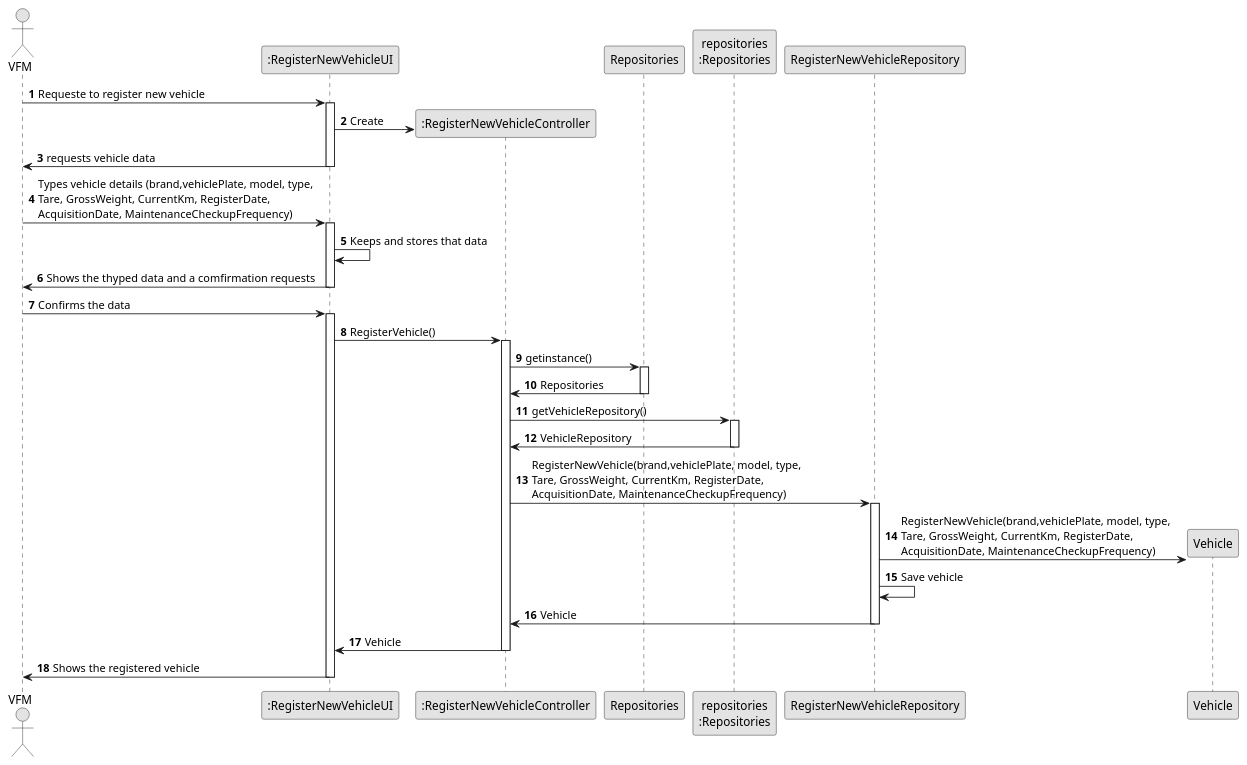
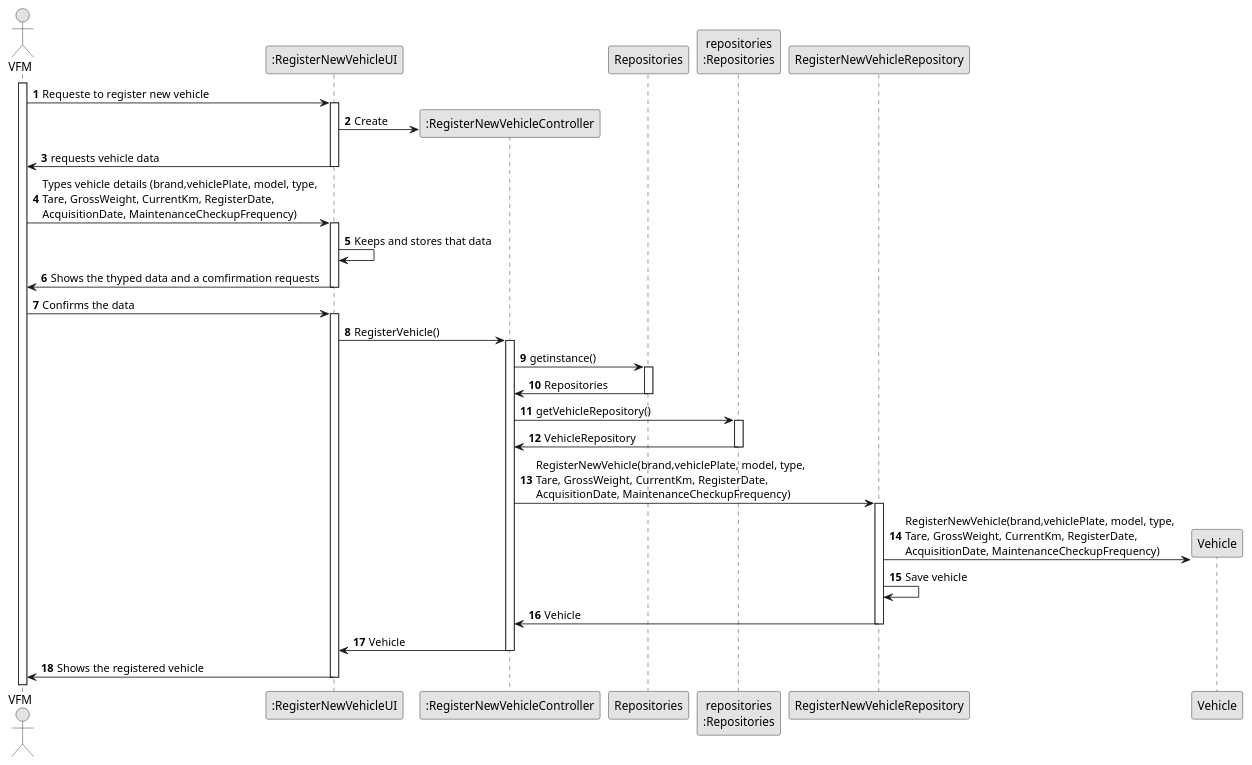
Before and after one commit to Departamento-de-Engenharia-Informatica/lei-24-s2-1dm-g132: the diagram in docs/sprintB/us006/03.design/puml/us006-sequence-diagram-ui-controller-overview.puml, drawn with PlantUML. The commit also changed 4 other files, not shown here.

Commit message:
Changes in the us002 partial sequence diagram

```diff
--- a/docs/sprintB/us006/03.design/puml/us006-sequence-diagram-ui-controller-overview.puml
+++ b/docs/sprintB/us006/03.design/puml/us006-sequence-diagram-ui-controller-overview.puml
@@ -1,52 +1,53 @@
 @startuml
 skinparam monochrome true
 skinparam packageStyle rectangle
 skinparam shadowing false
 
 autonumber
 
 'hide footbox
 actor "VFM" as USER
 
 participant ":RegisterNewVehicleUI" as RegisterNewVehicleUI
 participant ":RegisterNewVehicleController" as RegisterNewVehicleController
 participant "Repositories" as Repositories
 participant "repositories\n:Repositories" as repRep
 participant "RegisterNewVehicleRepository" as RegisterNewVehicleRepository
 participant "Vehicle" as Vehicle
 
+activate USER
 USER -> RegisterNewVehicleUI : Requeste to register new vehicle
 activate RegisterNewVehicleUI
 RegisterNewVehicleUI -> RegisterNewVehicleController** : Create
 RegisterNewVehicleUI -> USER : requests vehicle data
 deactivate RegisterNewVehicleUI
 USER -> RegisterNewVehicleUI : Types vehicle details (brand,vehiclePlate, model, type, \nTare, GrossWeight, CurrentKm, RegisterDate, \nAcquisitionDate, MaintenanceCheckupFrequency)
 activate RegisterNewVehicleUI
 RegisterNewVehicleUI -> RegisterNewVehicleUI : Keeps and stores that data
 RegisterNewVehicleUI -> USER : Shows the thyped data and a comfirmation requests
 deactivate RegisterNewVehicleUI
 USER -> RegisterNewVehicleUI : Confirms the data
 activate RegisterNewVehicleUI
 RegisterNewVehicleUI -> RegisterNewVehicleController : RegisterVehicle()
 activate RegisterNewVehicleController
 RegisterNewVehicleController -> Repositories : getinstance()
 activate Repositories
 Repositories -> RegisterNewVehicleController : Repositories
 deactivate Repositories
 RegisterNewVehicleController -> repRep : getVehicleRepository()
 activate repRep
 repRep -> RegisterNewVehicleController : VehicleRepository
 deactivate repRep
 RegisterNewVehicleController -> RegisterNewVehicleRepository : RegisterNewVehicle(brand,vehiclePlate, model, type, \nTare, GrossWeight, CurrentKm, RegisterDate, \nAcquisitionDate, MaintenanceCheckupFrequency)
 activate RegisterNewVehicleRepository
 RegisterNewVehicleRepository -> Vehicle** : RegisterNewVehicle(brand,vehiclePlate, model, type, \nTare, GrossWeight, CurrentKm, RegisterDate, \nAcquisitionDate, MaintenanceCheckupFrequency)
 RegisterNewVehicleRepository -> RegisterNewVehicleRepository : Save vehicle
 RegisterNewVehicleRepository -> RegisterNewVehicleController : Vehicle
 deactivate RegisterNewVehicleRepository
 RegisterNewVehicleController -> RegisterNewVehicleUI : Vehicle
 deactivate RegisterNewVehicleController
 RegisterNewVehicleUI -> USER : Shows the registered vehicle
 deactivate RegisterNewVehicleUI
 
 
 @enduml
```
